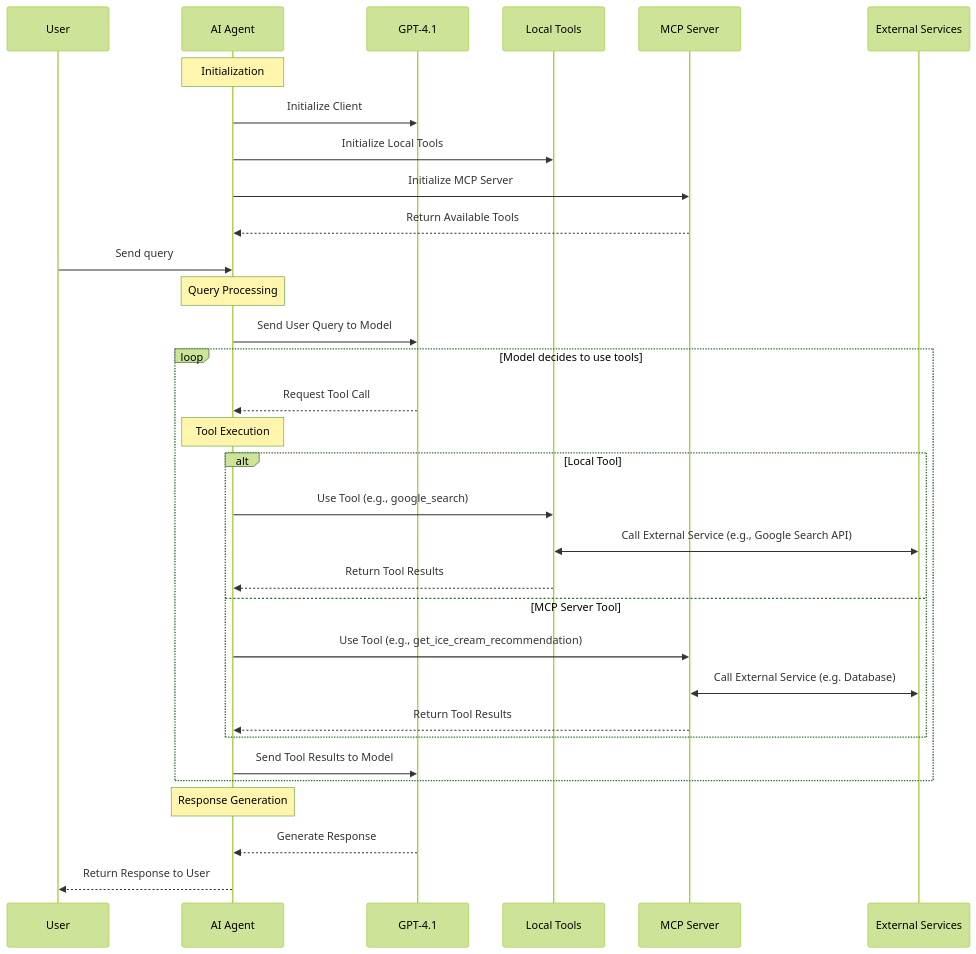
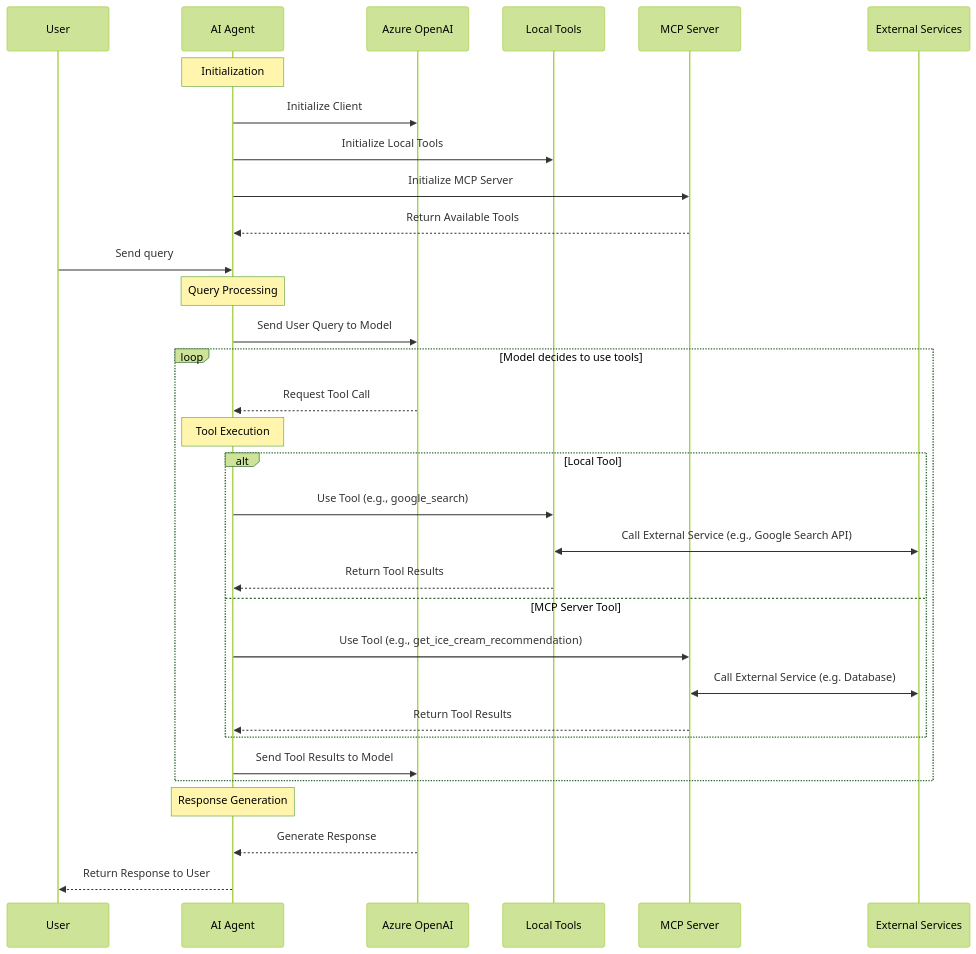
The diagram in docs/architecture.md (nullchimp/ai-agent), drawn with Mermaid (forest theme) before and after one commit. The commit also changed other lines of this file and 19 other files, not shown here.

````diff
--- a/docs/architecture.md
+++ b/docs/architecture.md
@@ -7,47 +7,46 @@
 ```mermaid
 sequenceDiagram
     participant User
     participant Agent as AI Agent
-    participant Azure as GPT-4.1
+    participant Azure as Azure OpenAI
     participant Tools as Local Tools
     participant MCP as MCP Server
     participant ExternalServices as External Services
     
     %% Initialization Phase
     Note over Agent: Initialization
     Agent->>Azure: Initialize Client
     Agent->>Tools: Initialize Local Tools
     Agent->>MCP: Initialize MCP Server
     MCP-->>Agent: Return Available Tools
     
     User->>Agent: Send query
 
     %% Query Processing Phase
     Note over Agent: Query Processing
     Agent->>Azure: Send User Query to Model
     
     %% Decision for Tool Usage
     loop Model decides to use tools
         Azure-->>Agent: Request Tool Call
         
         %% Tool Execution Phase
         Note over Agent: Tool Execution
-        %% Decision for Tool Usage
         alt Local Tool
             Agent->>Tools: Use Tool (e.g., google_search)
             Tools<<->>ExternalServices: Call External Service (e.g., Google Search API)
             Tools-->>Agent: Return Tool Results
         else MCP Server Tool
             Agent->>MCP: Use Tool (e.g., get_ice_cream_recommendation)
             MCP<<->>ExternalServices: Call External Service (e.g. Database)
             MCP-->>Agent: Return Tool Results
         end
         
         Agent->>Azure: Send Tool Results to Model
     end
     
     %% Model generates response
     Note over Agent: Response Generation
     Azure-->>Agent: Generate Response
     Agent-->>User: Return Response to User
 ```
````
